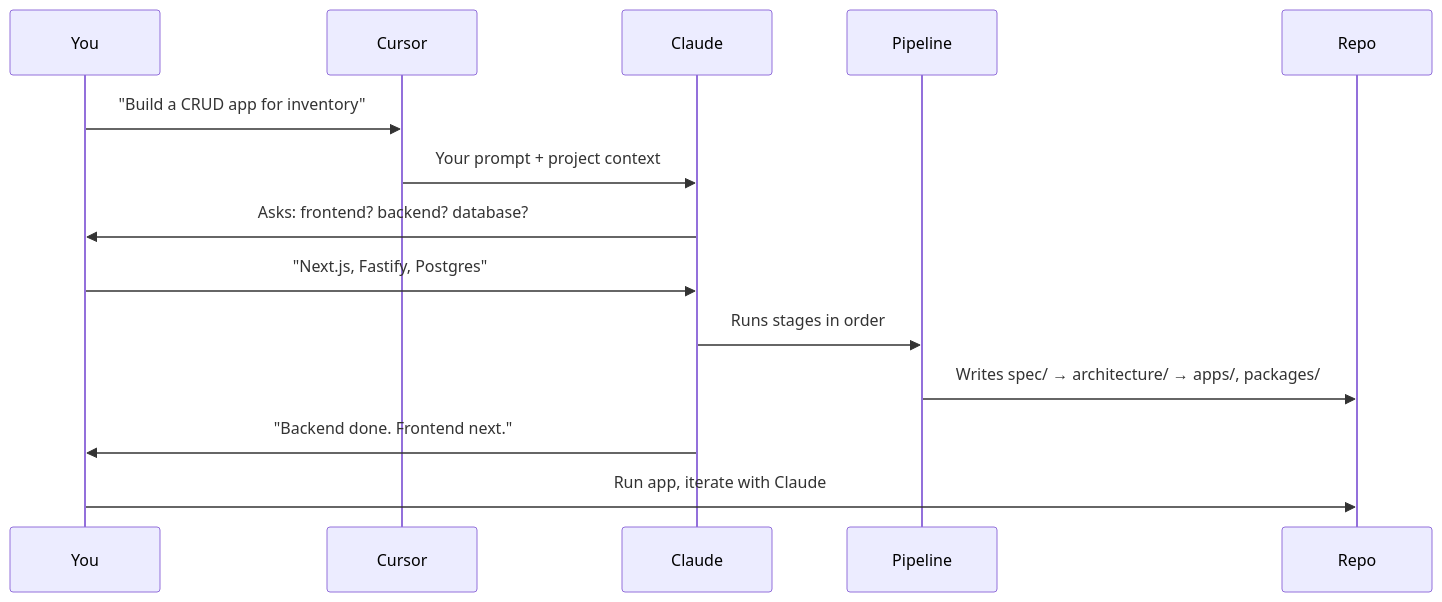
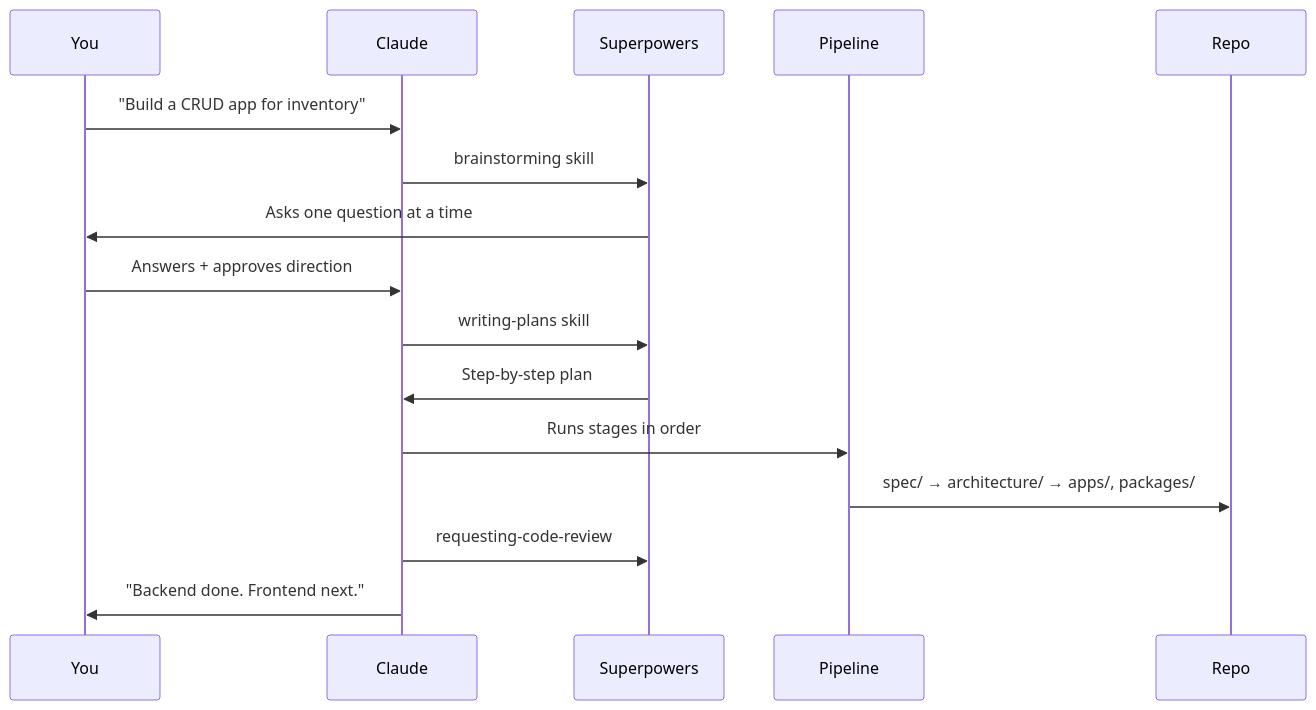
One commit to lovek28/awesome-software-framework changed the first of 3 diagrams in README.md. Above: the diagram before and after it, drawn with Mermaid. The commit also changed other lines of this file and 8 other files, not shown here.

First line of the commit message:
feat: Superpowers integration + flexible project shapes (frontend-only, api-only)

````diff
--- a/README.md
+++ b/README.md
@@ -10,17 +71,19 @@
 ```mermaid
 sequenceDiagram
     participant You
-    participant Cursor
     participant Claude
+    participant Superpowers
     participant Pipeline
     participant Repo
 
-    You->>Cursor: "Build a CRUD app for inventory"
-    Cursor->>Claude: Your prompt + project context
-    Claude->>You: Asks: frontend? backend? database?
-    You->>Claude: "Next.js, Fastify, Postgres"
+    You->>Claude: "Build a CRUD app for inventory"
+    Claude->>Superpowers: brainstorming skill
+    Superpowers->>You: Asks one question at a time
+    You->>Claude: Answers + approves direction
+    Claude->>Superpowers: writing-plans skill
+    Superpowers->>Claude: Step-by-step plan
     Claude->>Pipeline: Runs stages in order
-    Pipeline->>Repo: Writes spec/ → architecture/ → apps/, packages/
+    Pipeline->>Repo: spec/ → architecture/ → apps/, packages/
+    Claude->>Superpowers: requesting-code-review
     Claude->>You: "Backend done. Frontend next."
-    You->>Repo: Run app, iterate with Claude
 ```
````
